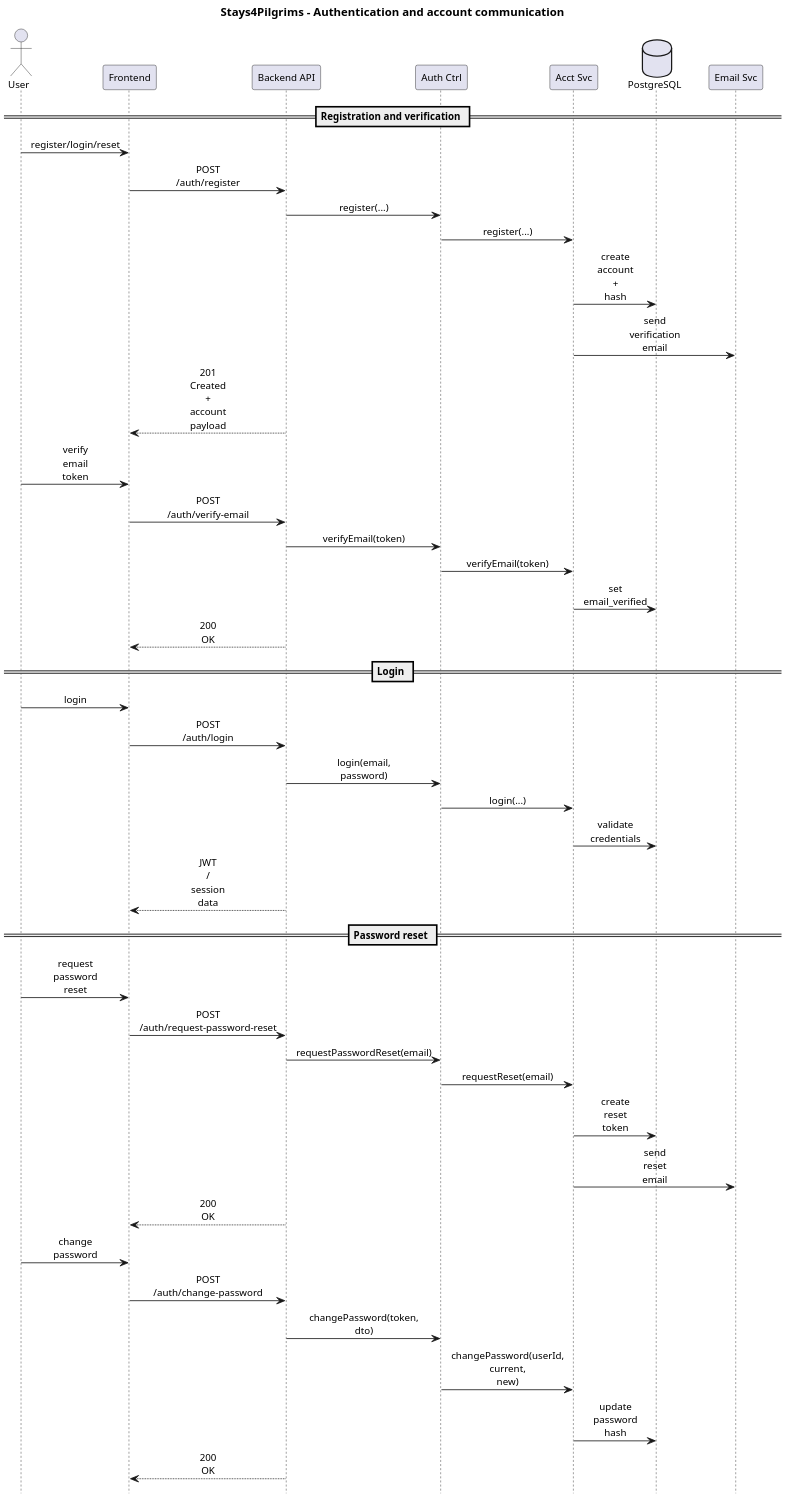
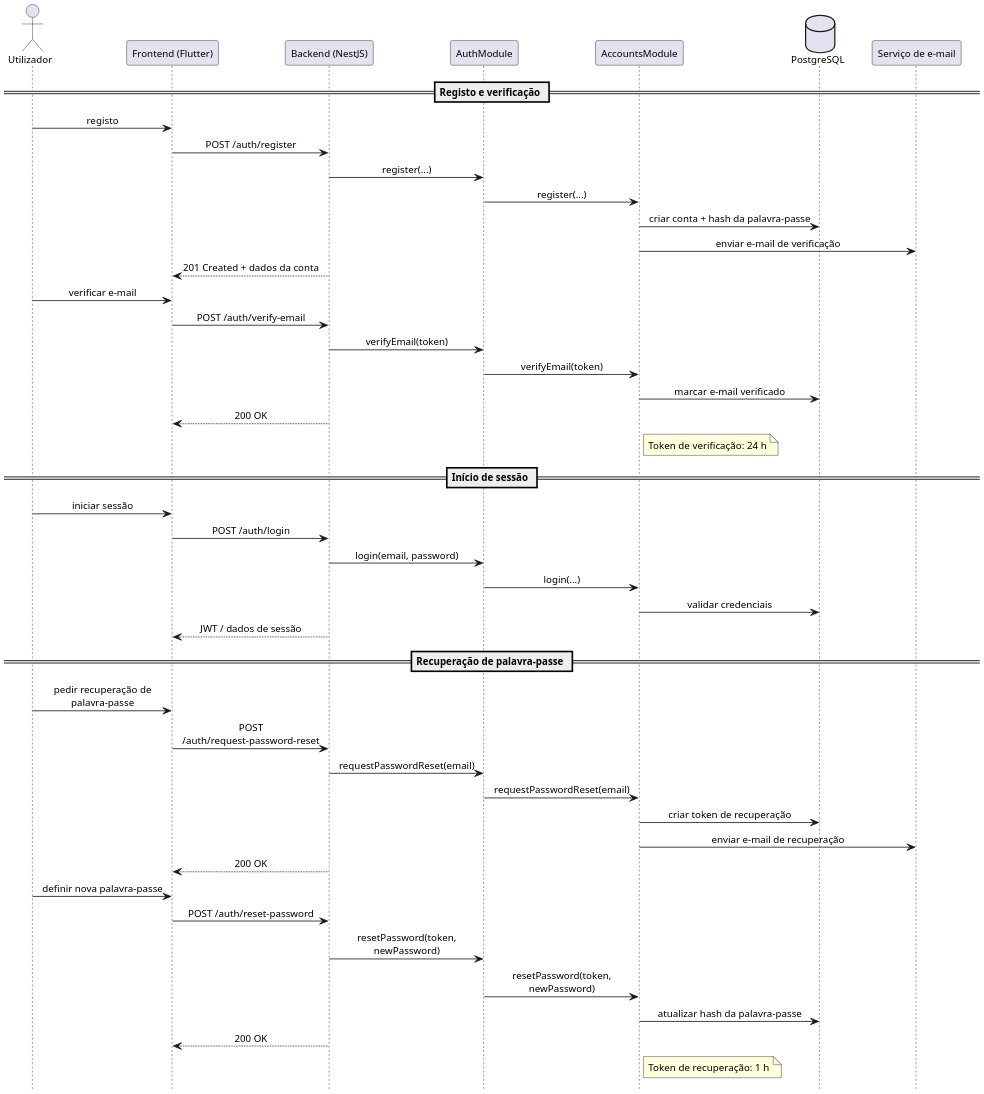
The diagram in docs/diagrams/communication-auth-flow.puml (alegna83/cookbook-be), drawn with PlantUML before and after one commit. The commit also changed 1 other file, not shown here.

Commit message:
communication-auth-flow

```diff
--- a/docs/diagrams/communication-auth-flow.puml
+++ b/docs/diagrams/communication-auth-flow.puml
@@ -1,66 +1,73 @@
 @startuml
-title Stays4Pilgrims - Authentication and account communication
 hide footbox
 skinparam defaultFontName Arial
 skinparam defaultFontSize 12
 skinparam dpi 190
-skinparam maxMessageSize 24
+skinparam maxMessageSize 200
 skinparam sequence {
 	ParticipantPadding 18
 	BoxPadding 12
 	MessageAlign center
 	ArrowThickness 1
 }
 
-actor User
-participant "Frontend" as FE
-participant "Backend API" as BE
-participant "Auth Ctrl" as AuthController
-participant "Acct Svc" as AccountsService
+actor Utilizador
+participant "Frontend (Flutter)" as FE
+participant "Backend (NestJS)" as BE
+participant "AuthModule" as AuthModule
+participant "AccountsModule" as AccountsModule
 database "PostgreSQL" as DB
-participant "Email Svc" as Email
+participant "Serviço de e-mail" as Email
 
-== Registration and verification ==
+== Registo e verificação ==
 
-User -> FE : register/login/reset
+Utilizador -> FE : registo
 FE -> BE : POST /auth/register
-BE -> AuthController : register(...)
-AuthController -> AccountsService : register(...)
-AccountsService -> DB : create account + hash
-AccountsService -> Email : send verification email
-BE --> FE : 201 Created + account payload
+BE -> AuthModule : register(...)
+AuthModule -> AccountsModule : register(...)
+AccountsModule -> DB : criar conta + hash da palavra-passe
+AccountsModule -> Email : enviar e-mail de verificação
+BE --> FE : 201 Created + dados da conta
 
-User -> FE : verify email token
+Utilizador -> FE : verificar e-mail
 FE -> BE : POST /auth/verify-email
-BE -> AuthController : verifyEmail(token)
-AuthController -> AccountsService : verifyEmail(token)
-AccountsService -> DB : set email_verified
+BE -> AuthModule : verifyEmail(token)
+AuthModule -> AccountsModule : verifyEmail(token)
+AccountsModule -> DB : marcar e-mail verificado
 BE --> FE : 200 OK
 
-== Login ==
+note right of AccountsModule
+	Token de verificação: 24 h
+end note
 
-User -> FE : login
+== Início de sessão ==
+
+Utilizador -> FE : iniciar sessão
 FE -> BE : POST /auth/login
-BE -> AuthController : login(email, password)
-AuthController -> AccountsService : login(...)
-AccountsService -> DB : validate credentials
-BE --> FE : JWT / session data
+BE -> AuthModule : login(email, password)
+AuthModule -> AccountsModule : login(...)
+AccountsModule -> DB : validar credenciais
+BE --> FE : JWT / dados de sessão
 
-== Password reset ==
+== Recuperação de palavra-passe ==
 
-User -> FE : request password reset
+Utilizador -> FE : pedir recuperação de palavra-passe
 FE -> BE : POST /auth/request-password-reset
-BE -> AuthController : requestPasswordReset(email)
-AuthController -> AccountsService : requestReset(email)
-AccountsService -> DB : create reset token
-AccountsService -> Email : send reset email
+BE -> AuthModule : requestPasswordReset(email)
+AuthModule -> AccountsModule : requestPasswordReset(email)
+AccountsModule -> DB : criar token de recuperação
+AccountsModule -> Email : enviar e-mail de recuperação
 BE --> FE : 200 OK
 
-User -> FE : change password
-FE -> BE : POST /auth/change-password
-BE -> AuthController : changePassword(token, dto)
-AuthController -> AccountsService : changePassword(userId, current, new)
-AccountsService -> DB : update password hash
+Utilizador -> FE : definir nova palavra-passe
+FE -> BE : POST /auth/reset-password
+BE -> AuthModule : resetPassword(token, newPassword)
+AuthModule -> AccountsModule : resetPassword(token, newPassword)
+AccountsModule -> DB : atualizar hash da palavra-passe
 BE --> FE : 200 OK
 
+note right of AccountsModule
+  Token de recuperação: 1 h
+end note
+
 @enduml
```
